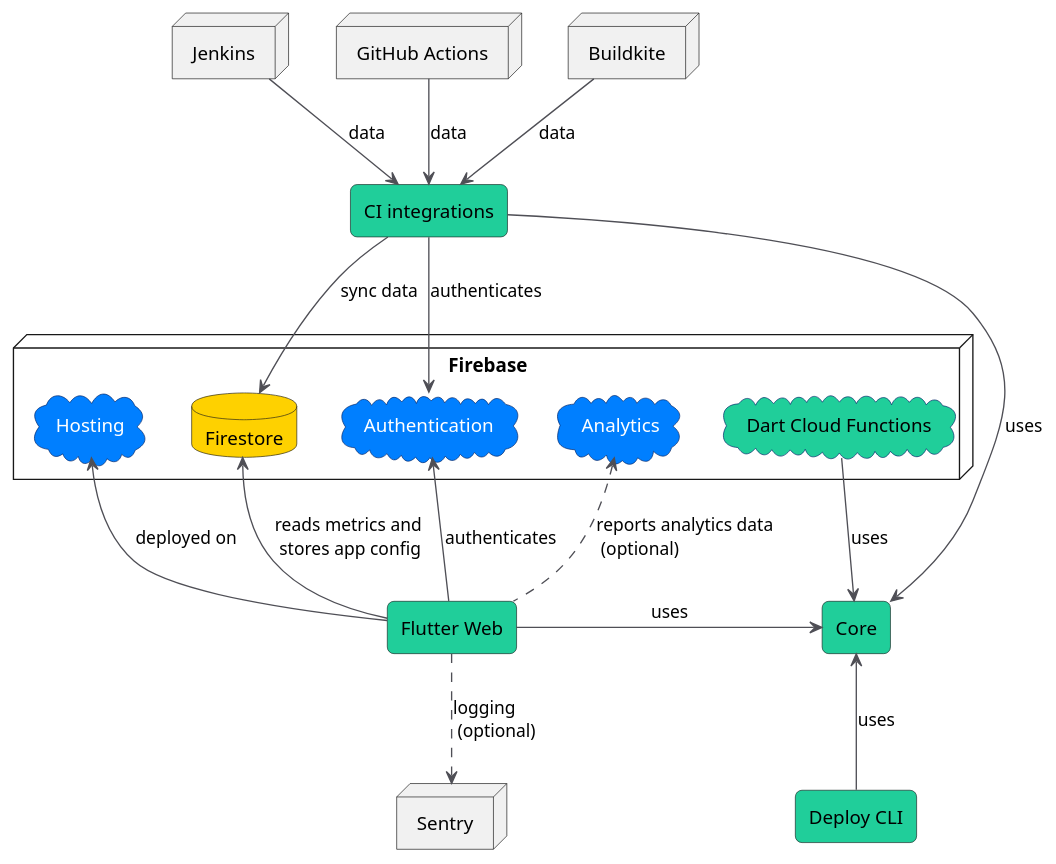
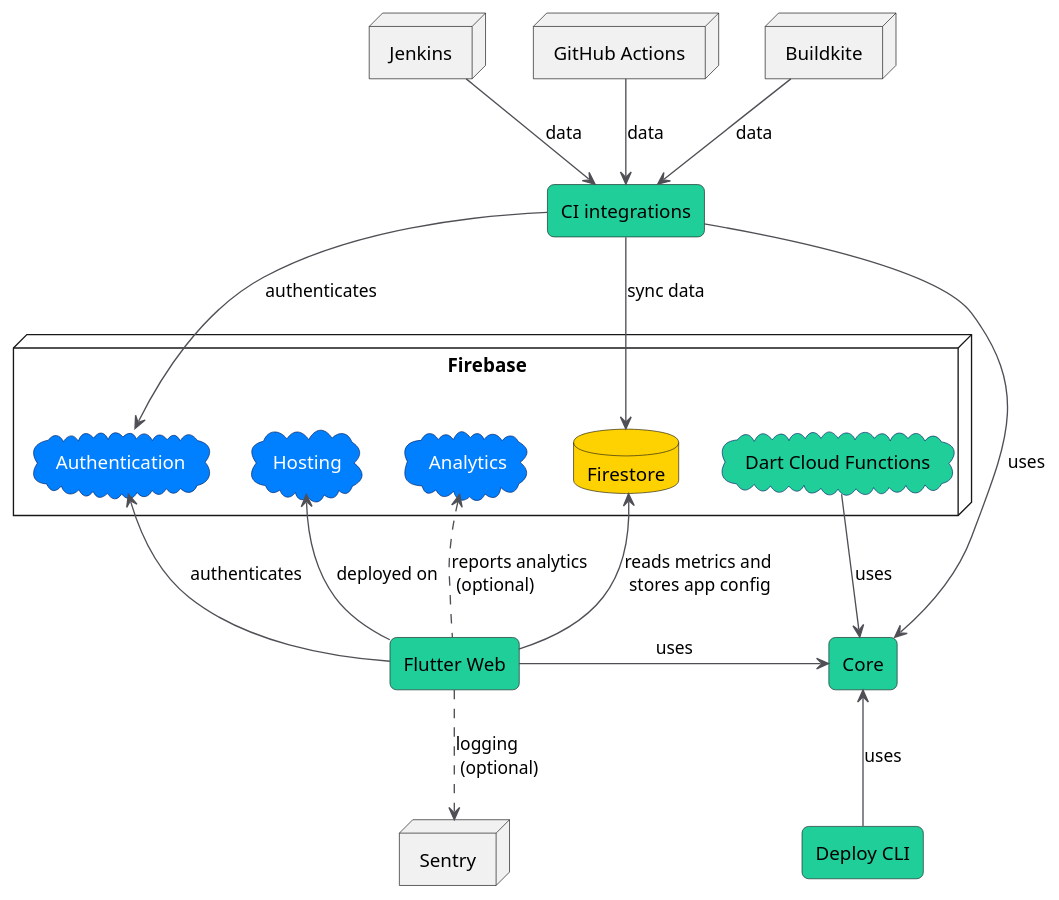
One commit to Flank/flank-dashboard changed the diagram in concept_map.puml. Above: the diagram before and after it, drawn with PlantUML. The commit also changed 1 other file, not shown here.

Commit message:
Diagram and wording improvements

```diff
--- a/concept_map.puml
+++ b/concept_map.puml
@@ -1,73 +1,77 @@
 @startuml metrics_concept_map
 
 skinparam DefaultTextAlignment left
 
 skinparam database {
     borderColor #292618
     backgroundColor #fed100
 }
 
 skinparam cloud {
     borderColor #002366
     backgroundColor #007FFF
     fontColor white
 }
 
 skinparam rectangle {
     borderColor #182b27
     backgroundColor #20ce9a
     roundCorner 10
 }
 
 skinparam ArrowColor #4f4f56
 
 node Jenkins
 node "GitHub Actions" as GA
 node Buildkite
 node Sentry
 
 rectangle "CI integrations" as CI
 
 together {
     node Firebase {
         cloud Hosting
         database Firestore
         cloud Authentication
         cloud Analytics
 
         cloud #20ce9a "<color:black>Dart Cloud Functions</color>" as DartCloudFunctions
     }
 
     rectangle Core
 }
 
 rectangle "Flutter Web" as Web
 rectangle "Deploy CLI" as CLI
 
 Jenkins -[hidden]right-> GA
 GA -[hidden]right-> Buildkite
-Analytics -[hidden]left-> Firestore  
+Analytics -[hidden]left-> Hosting  
+Analytics -[hidden]right-> Firestore  
 
 Jenkins -down-> CI : data
 GA -down-> CI : data
 Buildkite -down-> CI : data
 
 CI -down-> Firestore : sync data
 CI -down-> Authentication : authenticates
 
-Hosting -[hidden]right-> Authentication
-Authentication -[hidden]right-> Firestore
+Hosting -[hidden]left-> Authentication
+Hosting -[hidden]right-> Firestore
+Firestore -[hidden]right-> Authentication
 
 Web -up-> Firestore : reads metrics and \l stores app config
 Web -up-> Authentication : authenticates
 Web -up-> Hosting : deployed on
-Web .up.> Analytics : reports analytics data \l (optional)
+Web .up.> Analytics : reports analytics  \l (optional)
 Web .down.> Sentry : logging \l (optional)
 
 CLI -up-> Core : uses
 
 DartCloudFunctions -right-> Core : uses
+DartCloudFunctions -[hidden]left-> Authentication : uses
+
 Web -right-> Core : uses
 CI -right-> Core  : uses
 
 @enduml
```
